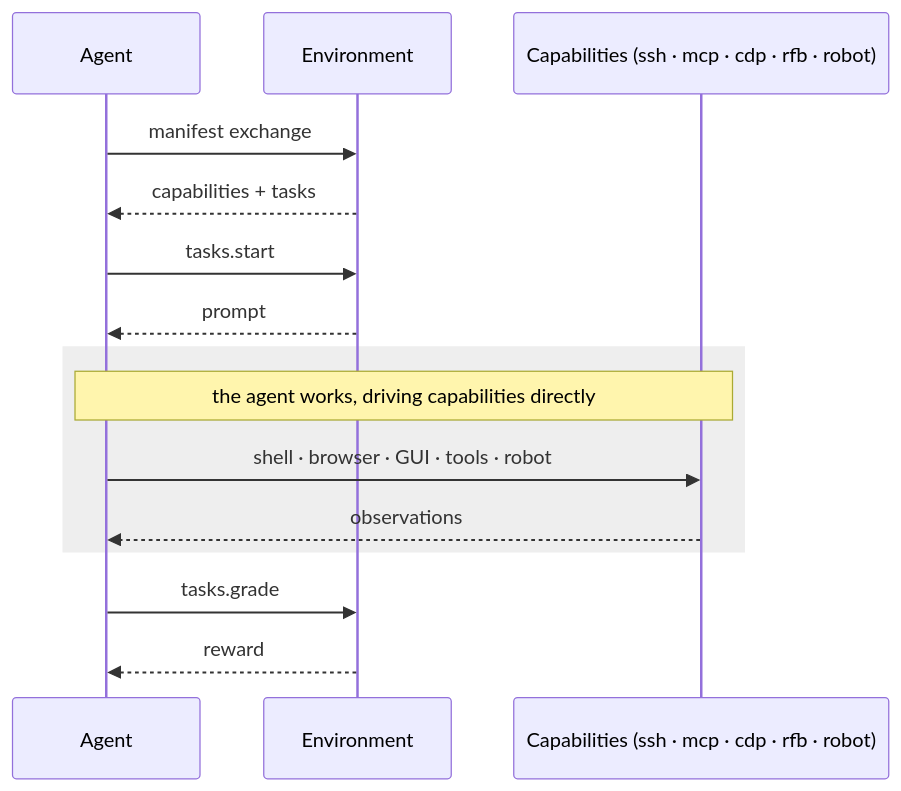
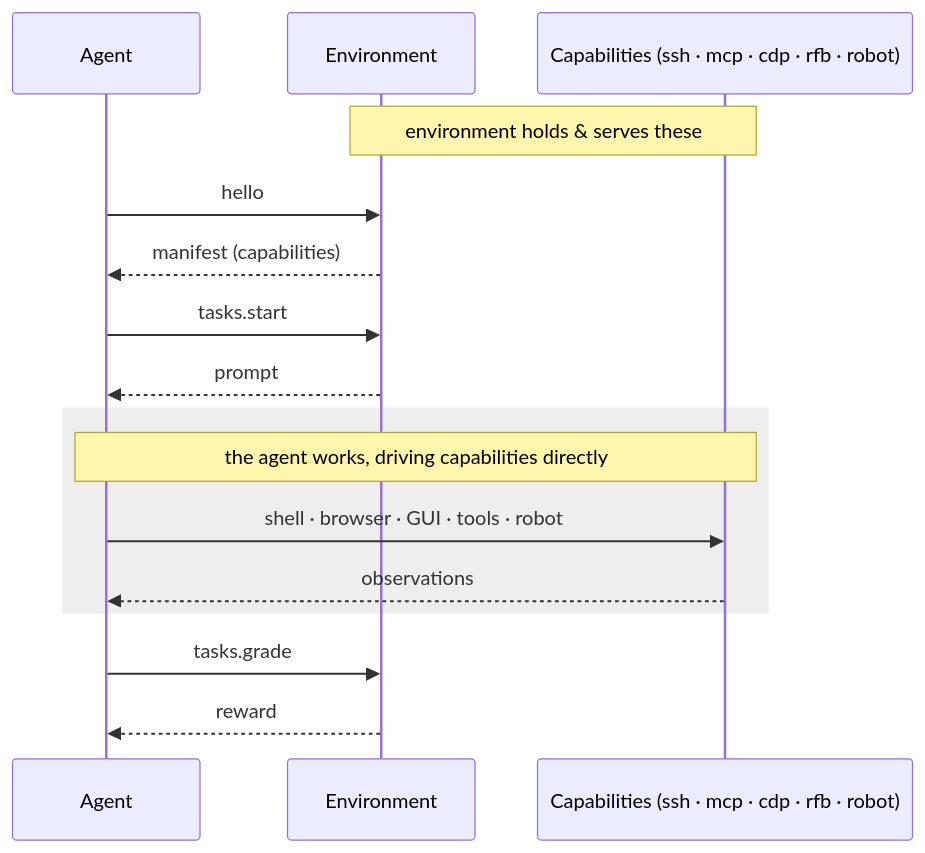
The diagram in docs/v6/protocol.mdx (hud-evals/hud-python), drawn with Mermaid before and after one commit. The commit also changed other lines of this file and 29 other files, not shown here.

````diff
--- a/docs/v6/protocol.mdx
+++ b/docs/v6/protocol.mdx
@@ -31,17 +20,18 @@
 ```mermaid
 sequenceDiagram
     participant Agent
     participant Env as Environment
     participant Caps as Capabilities (ssh · mcp · cdp · rfb · robot)
-    Agent->>Env: manifest exchange
-    Env-->>Agent: capabilities + tasks
+    Note over Env,Caps: environment holds & serves these
+    Agent->>Env: hello
+    Env-->>Agent: manifest (capabilities)
     Agent->>Env: tasks.start
     Env-->>Agent: prompt
     rect rgb(238,238,238)
     Note over Agent,Caps: the agent works, driving capabilities directly
     Agent->>Caps: shell · browser · GUI · tools · robot
     Caps-->>Agent: observations
     end
     Agent->>Env: tasks.grade
     Env-->>Agent: reward
 ```
````
